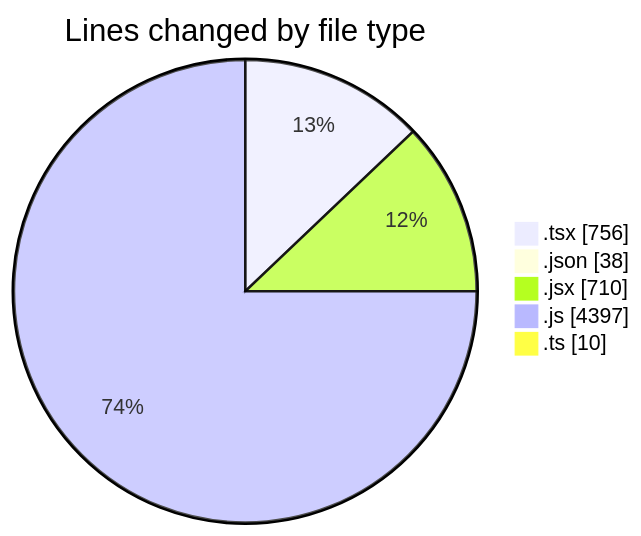
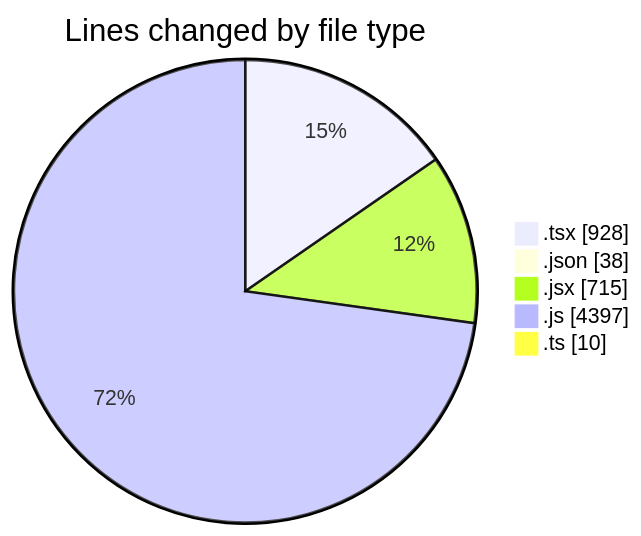
One commit to Elitesun/code-tracking changed the first of 2 diagrams in 2025-05-27/ecom_store/README.md. Above: the diagram before and after it, drawn with Mermaid. The commit also changed other lines of this file and 1 other file, not shown here.

````diff
--- a/2025-05-27/ecom_store/README.md
+++ b/2025-05-27/ecom_store/README.md
@@ -40,9 +41,9 @@
 ```mermaid
 pie showData
 title Lines changed by file type
-".tsx" : 756
+".tsx" : 928
 ".json" : 38
-".jsx" : 710
+".jsx" : 715
 ".js" : 4397
 ".ts" : 10
 ```
````
